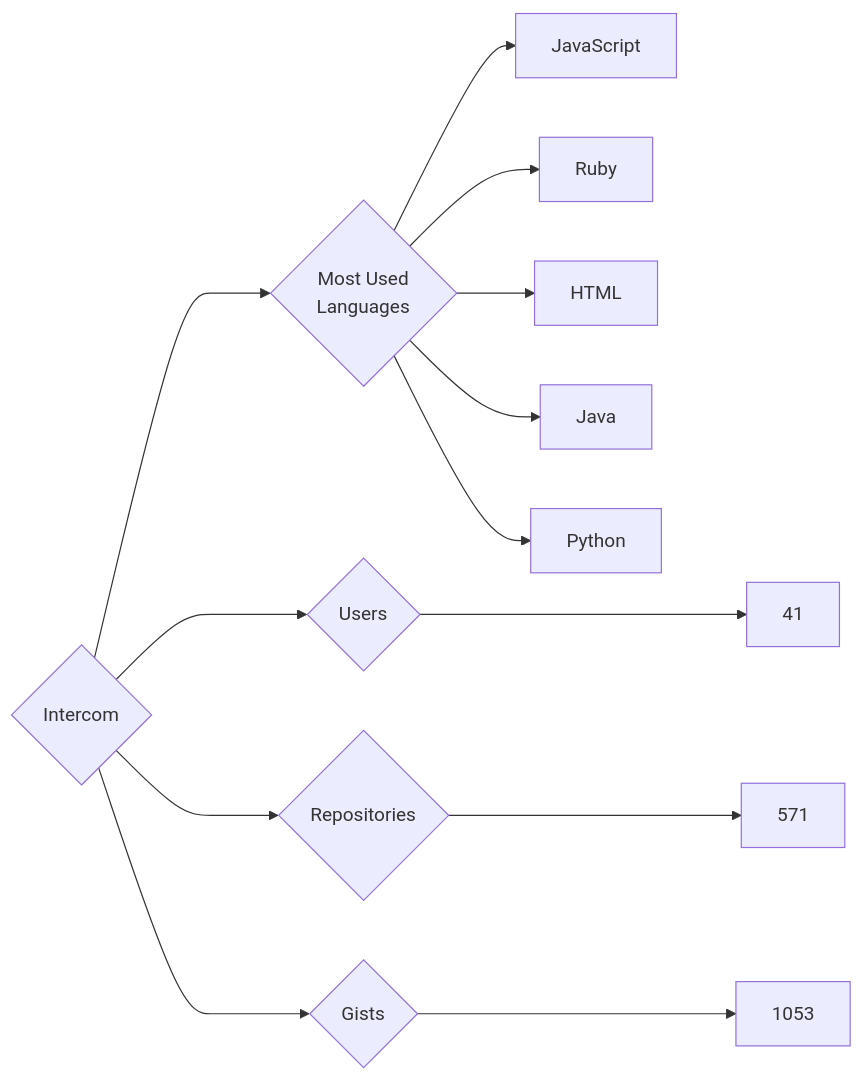
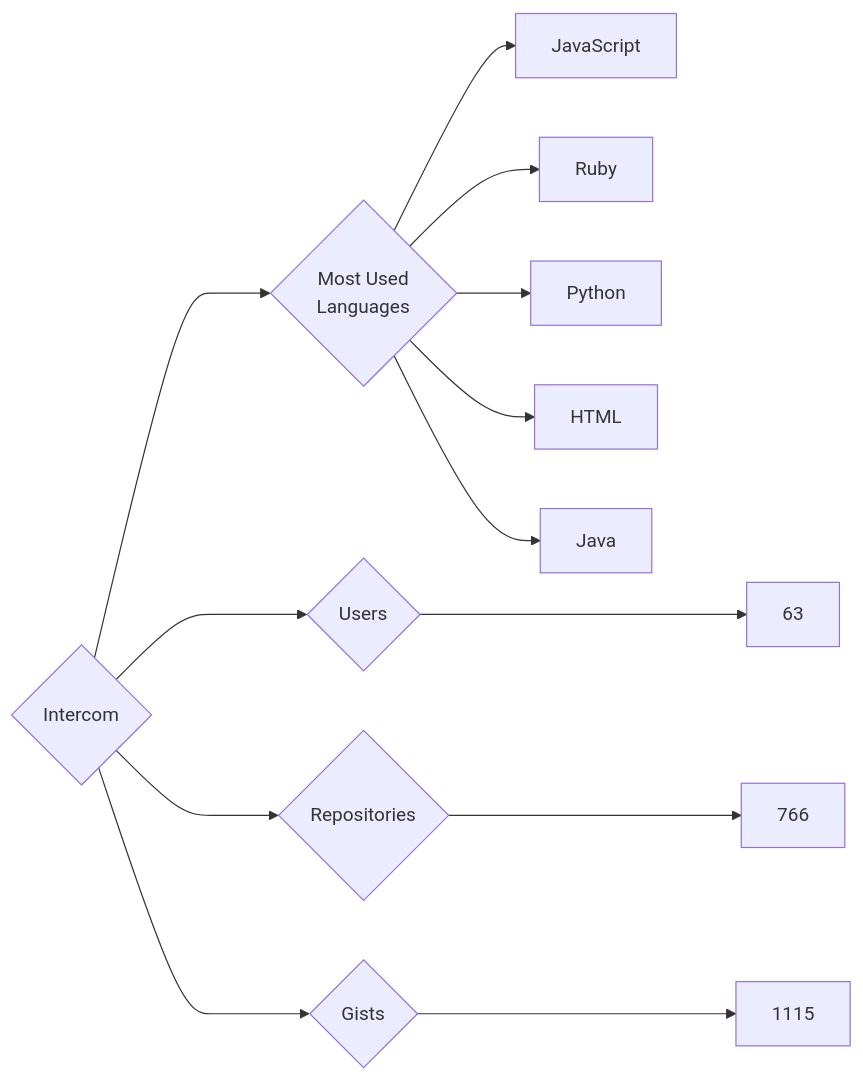
Before and after one commit to trickest/insiders: the diagram in targets/Intercom/README.md, drawn with Mermaid. The commit also changed 681 other files, not shown here.

````diff
--- a/targets/Intercom/README.md
+++ b/targets/Intercom/README.md
@@ -3,13 +3,13 @@
 ```mermaid
 graph LR
 COMPANY_NAME{Intercom}
-COMPANY_NAME ---> U{Users} ---> UN[41]
-COMPANY_NAME ---> R{Repositories} ---> RN[571]
-COMPANY_NAME ---> G{Gists} ---> GN[1053]
+COMPANY_NAME ---> U{Users} ---> UN[63]
+COMPANY_NAME ---> R{Repositories} ---> RN[766]
+COMPANY_NAME ---> G{Gists} ---> GN[1115]
 COMPANY_NAME ---> ML{Most Used<br>Languages}
 ML --> JavaScript[JavaScript]
 ML --> Ruby[Ruby]
+ML --> Python[Python]
 ML --> HTML[HTML]
 ML --> Java[Java]
-ML --> Python[Python]
 ```
````
